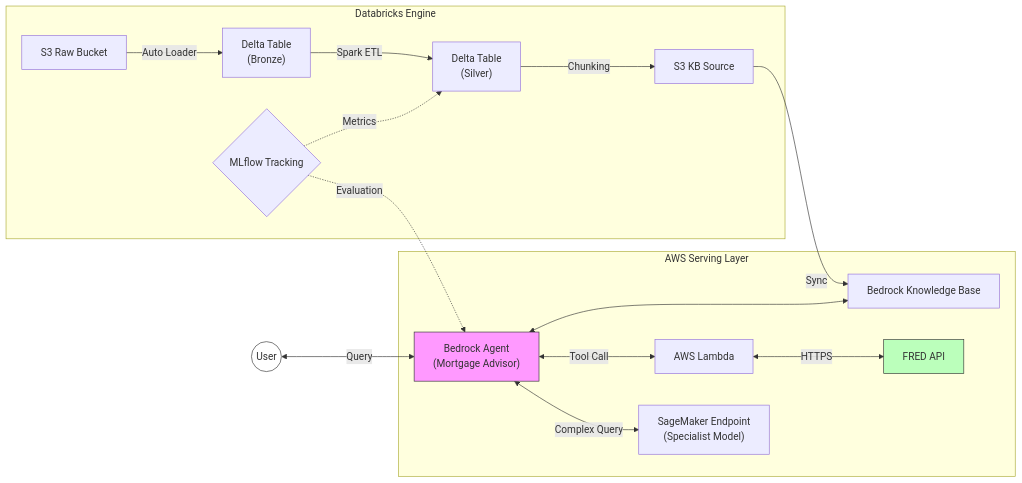
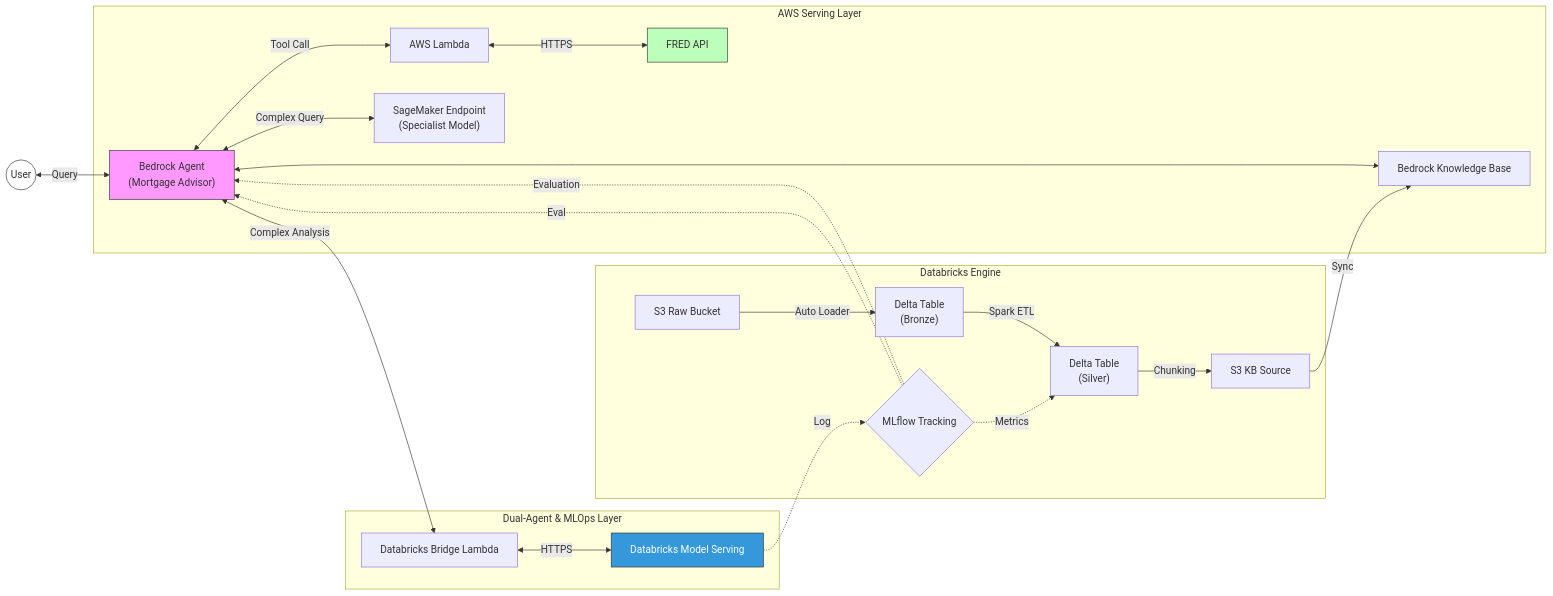
Before and after one commit to corganfuzz/brix-infra-aws: the second of 2 diagrams in README.md, drawn with Mermaid. The commit also changed other lines of this file and 10 other files, not shown here.

````diff
--- a/README.md
+++ b/README.md
@@ -112,26 +112,34 @@
 ```mermaid
 graph LR
     User((User)) <-->|Query| Agent["Bedrock Agent<br>(Mortgage Advisor)"]
     
     subgraph AWS_Serving ["AWS Serving Layer"]
         Agent <--> KB[Bedrock Knowledge Base]
         Agent <-->|Tool Call| Lambda[AWS Lambda]
         Lambda <-->|HTTPS| FRED_API[FRED API]
         Agent <-->|Complex Query| SM["SageMaker Endpoint<br>(Specialist Model)"]
     end
     
     subgraph Databricks_Engine ["Databricks Engine"]
         Raw[S3 Raw Bucket] -->|Auto Loader| Bronze["Delta Table<br>(Bronze)"]
         Bronze -->|Spark ETL| Silver["Delta Table<br>(Silver)"]
         Silver -->|Chunking| JSONL[S3 KB Source]
         
         MLflow{MLflow Tracking} -.->|Metrics| Silver
         MLflow -.->|Evaluation| Agent
     end
     
     JSONL -->|Sync| KB
     
     style User fill:#fff,stroke:#333
     style Agent fill:#f9f,stroke:#333
     style FRED_API fill:#bfb,stroke:#333
+    style DBS fill:#3498db,color:#fff,stroke:#333
+
+    subgraph Dual_Agent_Expertise ["Dual-Agent & MLOps Layer"]
+        Agent <-->|Complex Analysis| Bridge[Databricks Bridge Lambda]
+        Bridge <-->|HTTPS| DBS[Databricks Model Serving]
+        DBS -.->|Log| MLflow
+        MLflow -.->|Eval| Agent
+    end
 ```
````
